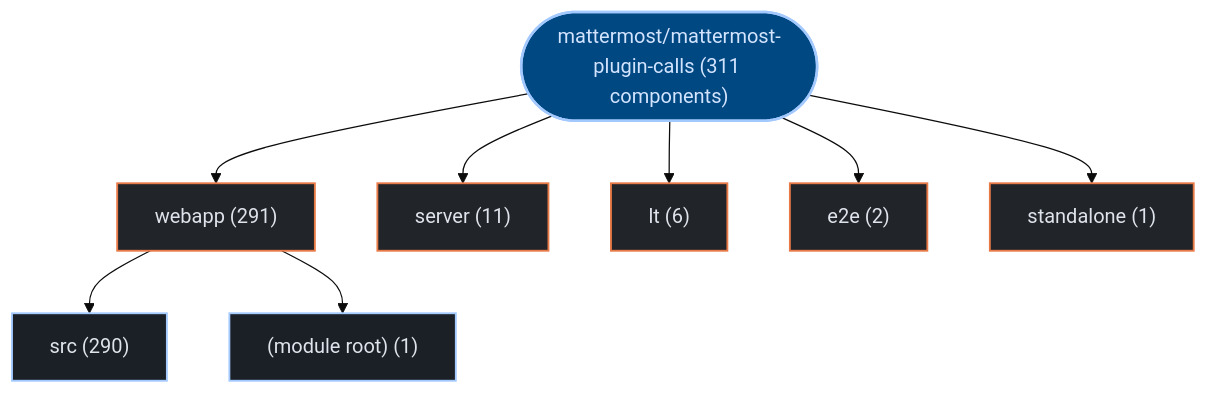
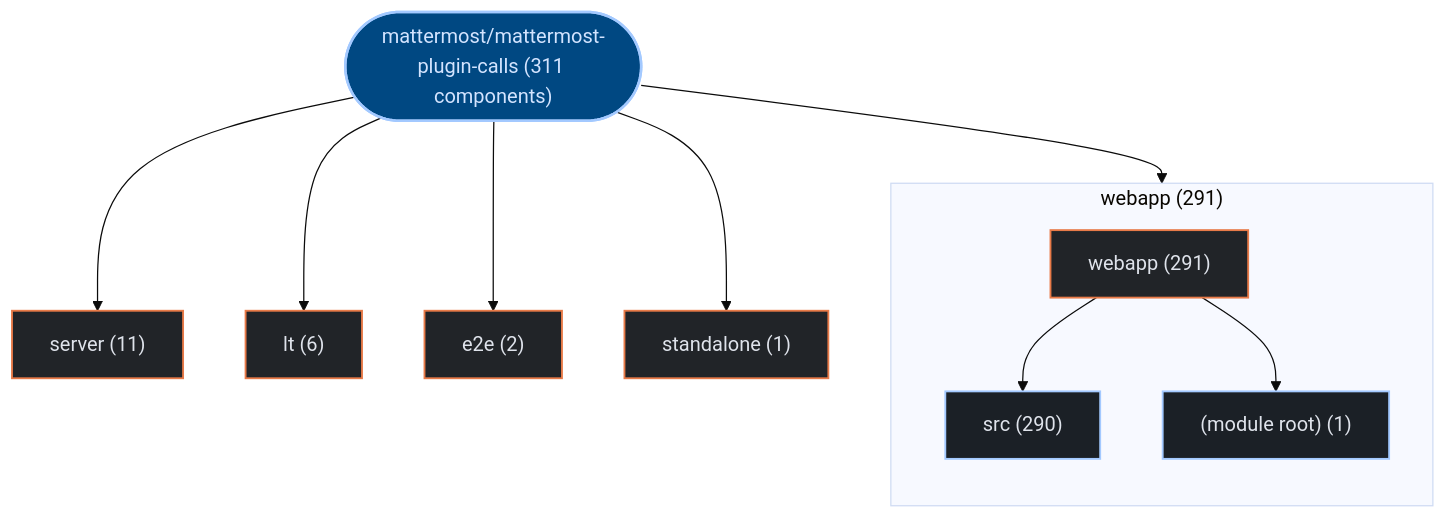
The first of 3 diagrams in exports/latest/reports/mattermost-mattermost-plugin-calls-report.md (kumarshaz/atruss-code-atlas), drawn with Mermaid (base theme) before and after one commit. The commit also changed 178 other files, not shown here.

Commit message:
feat(ui,mermaid): upgrade to mermaid v12 + ELK layout, add orgs-summary + pagination, subgraph building blocks, fix tab alignment

````diff
--- a/exports/latest/reports/mattermost-mattermost-plugin-calls-report.md
+++ b/exports/latest/reports/mattermost-mattermost-plugin-calls-report.md
@@ -42,25 +42,28 @@
 ```mermaid
 graph TD;
   classDef atlasRoot fill:#004882,stroke:#a3c9ff,stroke-width:2px,color:#d3e4ff
   classDef atlasCategory fill:#212428,stroke:#E87A48,stroke-width:1.5px,color:#dfe3eb
   classDef atlasWorkflow fill:#1b2026,stroke:#a3c9ff,stroke-width:1.5px,color:#dfe3eb
   classDef atlasJob fill:#171c22,stroke:#8d9199,stroke-width:1px,color:#dfe3eb
   classDef atlasTarget fill:#005227,stroke:#8bd99b,stroke-width:1.5px,color:#a7f6b6
   classDef atlasAlert fill:#93000a,stroke:#ffb4ab,stroke-width:1.5px,color:#ffdad6
   classDef atlasMore fill:#252a31,stroke:#8d9199,stroke-dasharray:4 4,color:#c3c6cf
     repo_root(["mattermost/mattermost-plugin-calls (311 components)"]):::atlasRoot
-    dir_0_webapp["webapp (291)"]:::atlasCategory
+    subgraph sg_dir_0_webapp["webapp (291)"]
+      direction TB
+      dir_0_webapp["webapp (291)"]:::atlasCategory
+      sub_0_0_src["src (290)"]:::atlasWorkflow
+      dir_0_webapp --> sub_0_0_src
+      sub_0_1__module_root_["(module root) (1)"]:::atlasWorkflow
+      dir_0_webapp --> sub_0_1__module_root_
+    end
     repo_root --> dir_0_webapp
-    sub_0_0_src["src (290)"]:::atlasWorkflow
-    dir_0_webapp --> sub_0_0_src
-    sub_0_1__module_root_["(module root) (1)"]:::atlasWorkflow
-    dir_0_webapp --> sub_0_1__module_root_
     dir_1_server["server (11)"]:::atlasCategory
     repo_root --> dir_1_server
     dir_2_lt["lt (6)"]:::atlasCategory
     repo_root --> dir_2_lt
     dir_3_e2e["e2e (2)"]:::atlasCategory
     repo_root --> dir_3_e2e
     dir_4_standalone["standalone (1)"]:::atlasCategory
     repo_root --> dir_4_standalone
 ```
````
